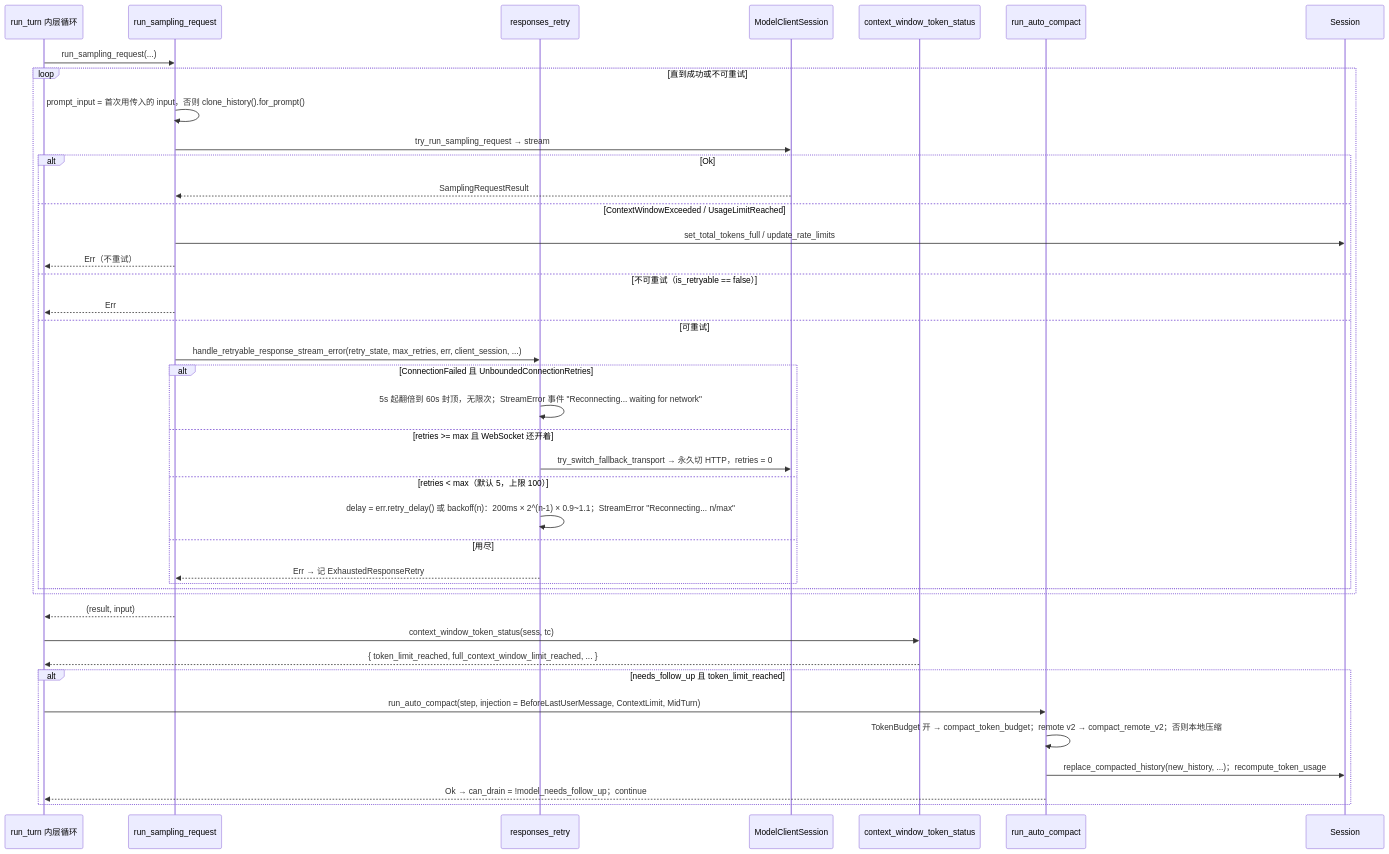
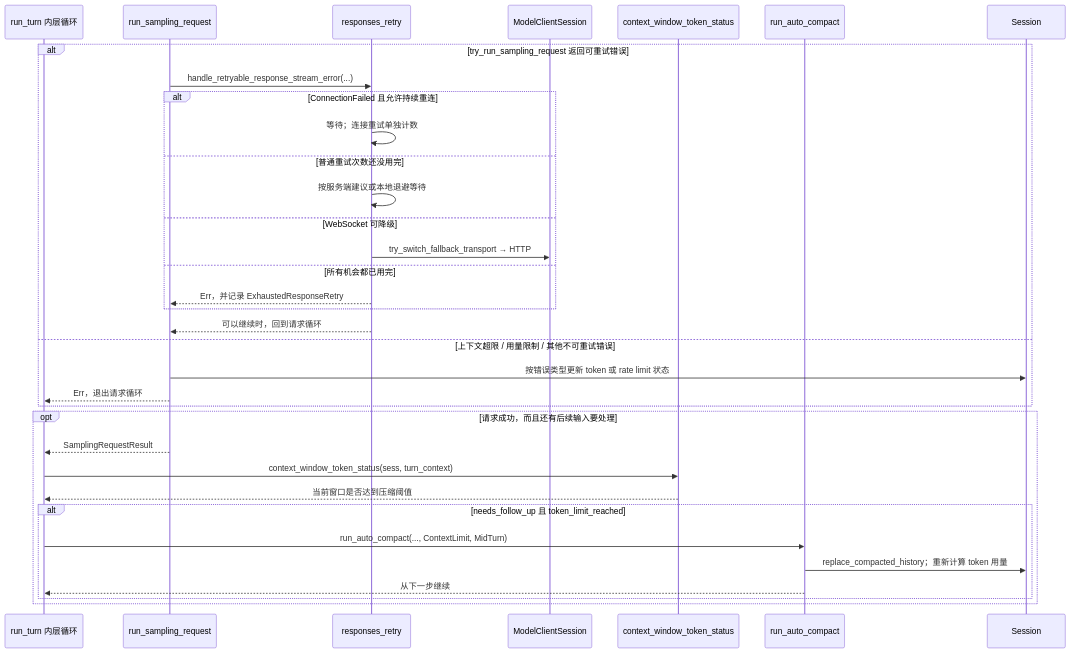
Diagram 26 of 28 in src/content/post/agents-codex/index.md (nickqiaoo/nickqiaoo.github.io), drawn with Mermaid before and after one commit. The commit also changed other lines of this file and 1 other file, not shown here.

````diff
--- a/src/content/post/agents-codex/index.md
+++ b/src/content/post/agents-codex/index.md
@@ -1555,44 +1816,37 @@
 ```mermaid
 sequenceDiagram
   participant RT as run_turn 内层循环
   participant SR as run_sampling_request
   participant RS as responses_retry
   participant MC as ModelClientSession
   participant CW as context_window_token_status
   participant AC as run_auto_compact
   participant S as Session
 
-  RT->>SR: run_sampling_request(...)
-  loop 直到成功或不可重试
-    SR->>SR: prompt_input = 首次用传入的 input，否则 clone_history().for_prompt()
-    SR->>MC: try_run_sampling_request → stream
-    alt Ok
-      MC-->>SR: SamplingRequestResult
-    else ContextWindowExceeded / UsageLimitReached
-      SR->>S: set_total_tokens_full / update_rate_limits
-      SR-->>RT: Err（不重试）
-    else 不可重试（is_retryable == false）
-      SR-->>RT: Err
-    else 可重试
-      SR->>RS: handle_retryable_response_stream_error(retry_state, max_retries, err, client_session, ...)
-      alt ConnectionFailed 且 UnboundedConnectionRetries
-        RS->>RS: 5s 起翻倍到 60s 封顶，无限次；StreamError 事件 "Reconnecting... waiting for network"
-      else retries >= max 且 WebSocket 还开着
-        RS->>MC: try_switch_fallback_transport → 永久切 HTTP，retries = 0
-      else retries < max（默认 5，上限 100）
-        RS->>RS: delay = err.retry_delay() 或 backoff(n)：200ms × 2^(n-1) × 0.9~1.1；StreamError "Reconnecting... n/max"
-      else 用尽
-        RS-->>SR: Err → 记 ExhaustedResponseRetry
-      end
+  alt try_run_sampling_request 返回可重试错误
+    SR->>RS: handle_retryable_response_stream_error(...)
+    alt ConnectionFailed 且允许持续重连
+      RS->>RS: 等待；连接重试单独计数
+    else 普通重试次数还没用完
+      RS->>RS: 按服务端建议或本地退避等待
+    else WebSocket 可降级
+      RS->>MC: try_switch_fallback_transport → HTTP
+    else 所有机会都已用完
+      RS-->>SR: Err，并记录 ExhaustedResponseRetry
+    end
+    RS-->>SR: 可以继续时，回到请求循环
+  else 上下文超限 / 用量限制 / 其他不可重试错误
+    SR->>S: 按错误类型更新 token 或 rate limit 状态
+    SR-->>RT: Err，退出请求循环
+  end
+  opt 请求成功，而且还有后续输入要处理
+    SR-->>RT: SamplingRequestResult
+    RT->>CW: context_window_token_status(sess, turn_context)
+    CW-->>RT: 当前窗口是否达到压缩阈值
+    alt needs_follow_up 且 token_limit_reached
+      RT->>AC: run_auto_compact(..., ContextLimit, MidTurn)
+      AC->>S: replace_compacted_history；重新计算 token 用量
+      AC-->>RT: 从下一步继续
     end
   end
-  SR-->>RT: (result, input)
-  RT->>CW: context_window_token_status(sess, tc)
-  CW-->>RT: { token_limit_reached, full_context_window_limit_reached, ... }
-  alt needs_follow_up 且 token_limit_reached
-    RT->>AC: run_auto_compact(step, injection = BeforeLastUserMessage, ContextLimit, MidTurn)
-    AC->>AC: TokenBudget 开 → compact_token_budget；remote v2 → compact_remote_v2；否则本地压缩
-    AC->>S: replace_compacted_history(new_history, ...)；recompute_token_usage
-    AC-->>RT: Ok → can_drain = !model_needs_follow_up；continue
-  end
 ```
````
